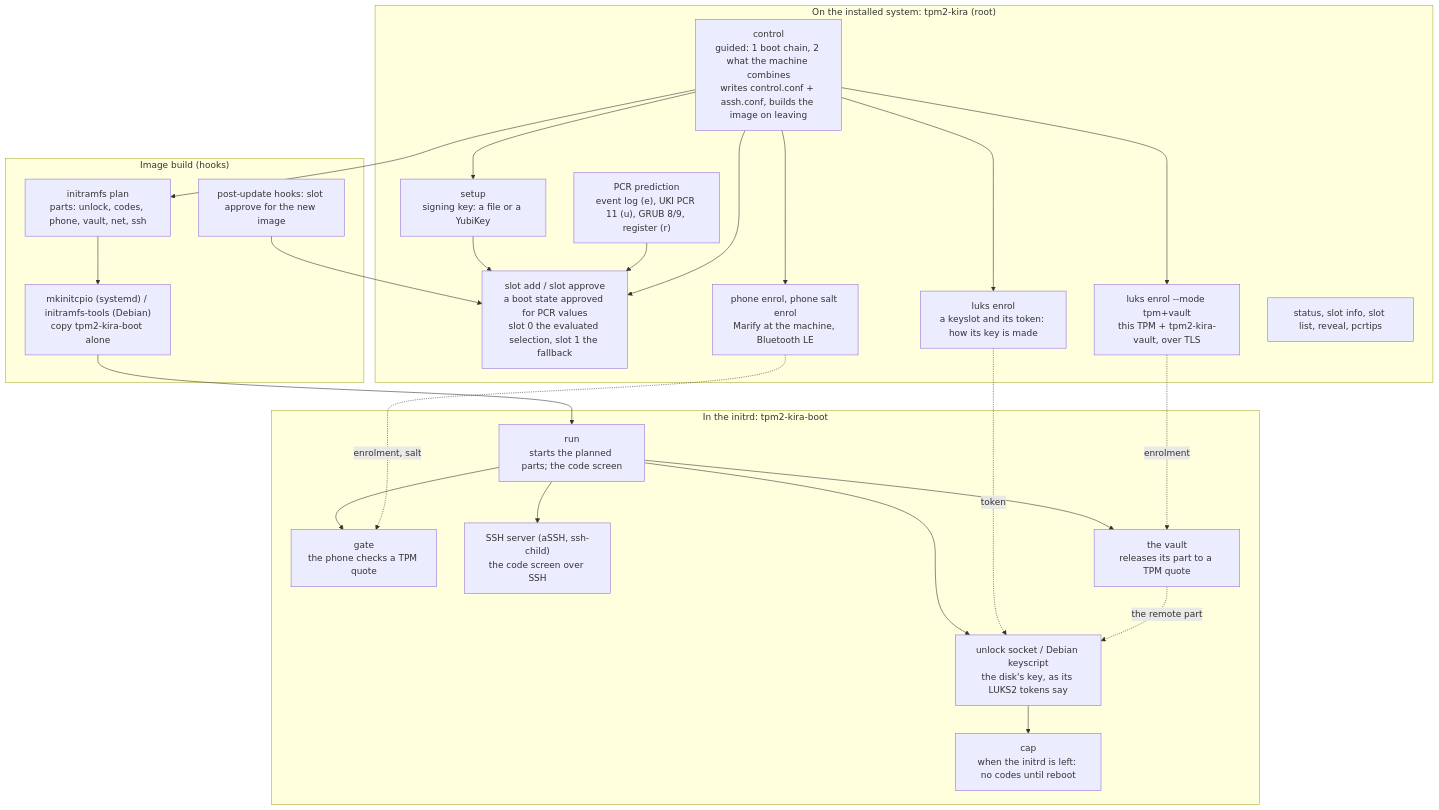
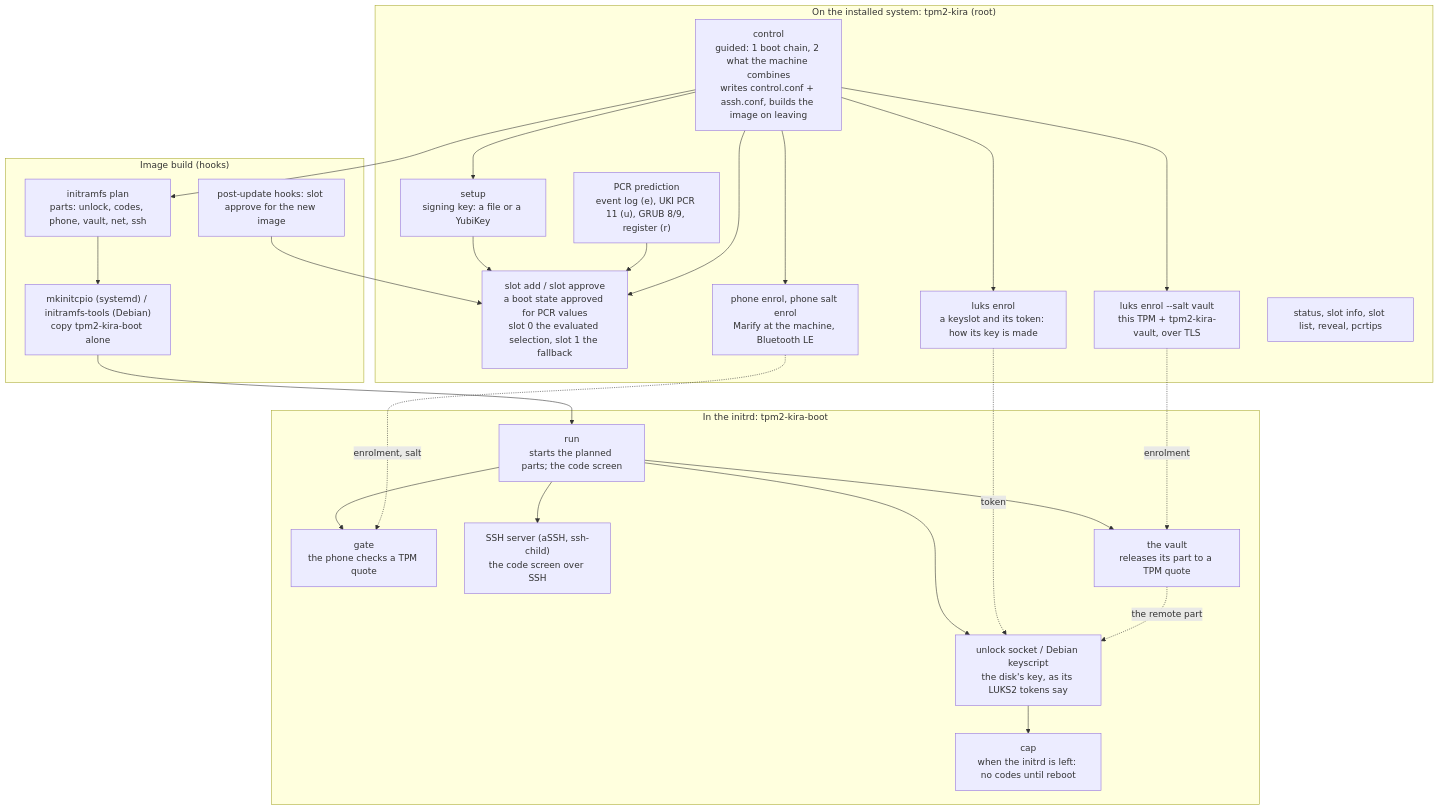
The first of 2 diagrams in README.md (mrwiora/tpm2-kira), drawn with Mermaid before and after one commit. The commit also changed other lines of this file and 18 other files, not shown here.

````diff
--- a/README.md
+++ b/README.md
@@ -51,41 +51,41 @@
 ```mermaid
 flowchart TB
   subgraph SETUP["On the installed system: tpm2-kira (root)"]
     CTRL["control<br/>guided: 1 boot chain, 2 what the machine combines<br/>writes control.conf + assh.conf, builds the image on leaving"]
     KEY["setup<br/>signing key: a file or a YubiKey"]
     SEAL["slot add / slot approve<br/>a boot state approved for PCR values<br/>slot 0 the evaluated selection, slot 1 the fallback"]
     PCR["PCR prediction<br/>event log (e), UKI PCR 11 (u), GRUB 8/9, register (r)"]
     PHONE["phone enrol, phone salt enrol<br/>Marify at the machine, Bluetooth LE"]
     LUKS["luks enrol<br/>a keyslot and its token: how its key is made"]
-    VAULT["luks enrol --mode tpm+vault<br/>this TPM + tpm2-kira-vault, over TLS"]
+    VAULT["luks enrol --salt vault<br/>this TPM + tpm2-kira-vault, over TLS"]
     INSPECT["status, slot info, slot list, reveal, pcrtips"]
   end
 
   subgraph BUILD["Image build (hooks)"]
     PLAN["initramfs plan<br/>parts: unlock, codes, phone, vault, net, ssh"]
     HOOKS["mkinitcpio (systemd) / initramfs-tools (Debian)<br/>copy tpm2-kira-boot alone"]
     POST["post-update hooks: slot approve for the new image"]
   end
 
   subgraph BOOT["In the initrd: tpm2-kira-boot"]
     RUN["run<br/>starts the planned parts; the code screen"]
     ATT["gate<br/>the phone checks a TPM quote"]
     SSH["SSH server (aSSH, ssh-child)<br/>the code screen over SSH"]
     VREL["the vault<br/>releases its part to a TPM quote"]
     UNLOCK["unlock socket / Debian keyscript<br/>the disk's key, as its LUKS2 tokens say"]
     CAP["cap<br/>when the initrd is left: no codes until reboot"]
   end
 
   KEY --> SEAL
   PCR --> SEAL
   CTRL --> KEY & SEAL & PHONE & LUKS & VAULT
   CTRL --> PLAN --> HOOKS
   POST --> SEAL
   HOOKS --> RUN
   RUN --> ATT & SSH & VREL & UNLOCK
   LUKS -. token .-> UNLOCK
   PHONE -. enrolment, salt .-> ATT
   VAULT -. enrolment .-> VREL
   VREL -. the remote part .-> UNLOCK
   UNLOCK --> CAP
 ```
````
